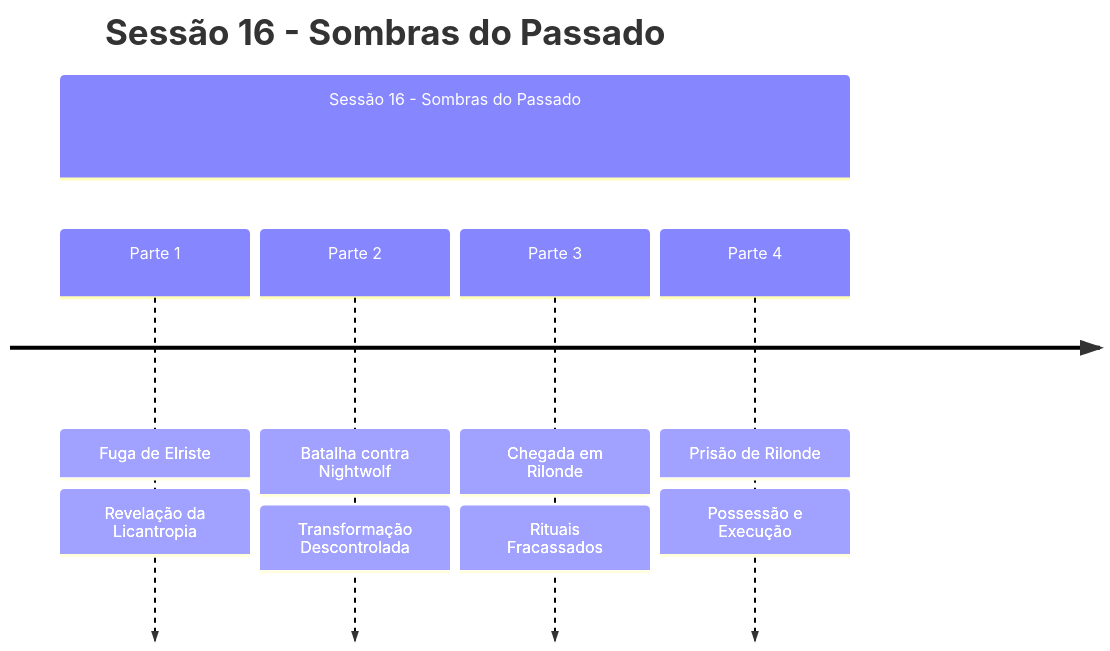
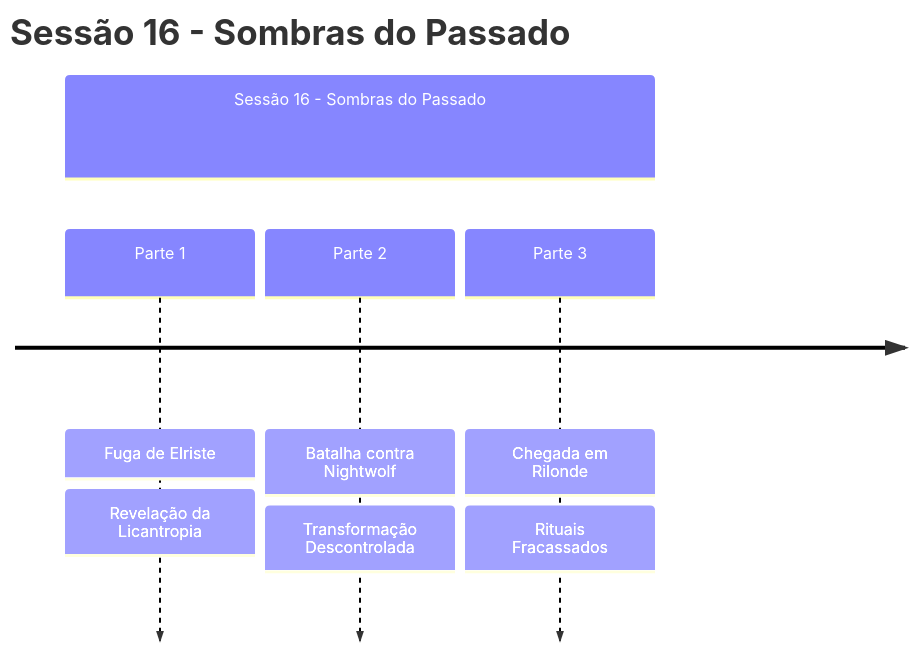
One commit to fsimoes/obsidian-borel changed the fourth of 6 diagrams in source/content/Borel/Plots/index.md. Above: the diagram before and after it, drawn with Mermaid. The commit also changed other lines of this file and 42 other files, not shown here.

````diff
--- a/source/content/Borel/Plots/index.md
+++ b/source/content/Borel/Plots/index.md
@@ -94,9 +108,8 @@
 ```mermaid
 timeline
     title Sessão 16 - Sombras do Passado
     section Sessão 16 - Sombras do Passado
         Parte 1 : Fuga de Elriste : Revelação da Licantropia
         Parte 2 : Batalha contra Nightwolf : Transformação Descontrolada
         Parte 3 : Chegada em Rilonde : Rituais Fracassados
-        Parte 4 : Prisão de Rilonde : Possessão e Execução
 ```
````
